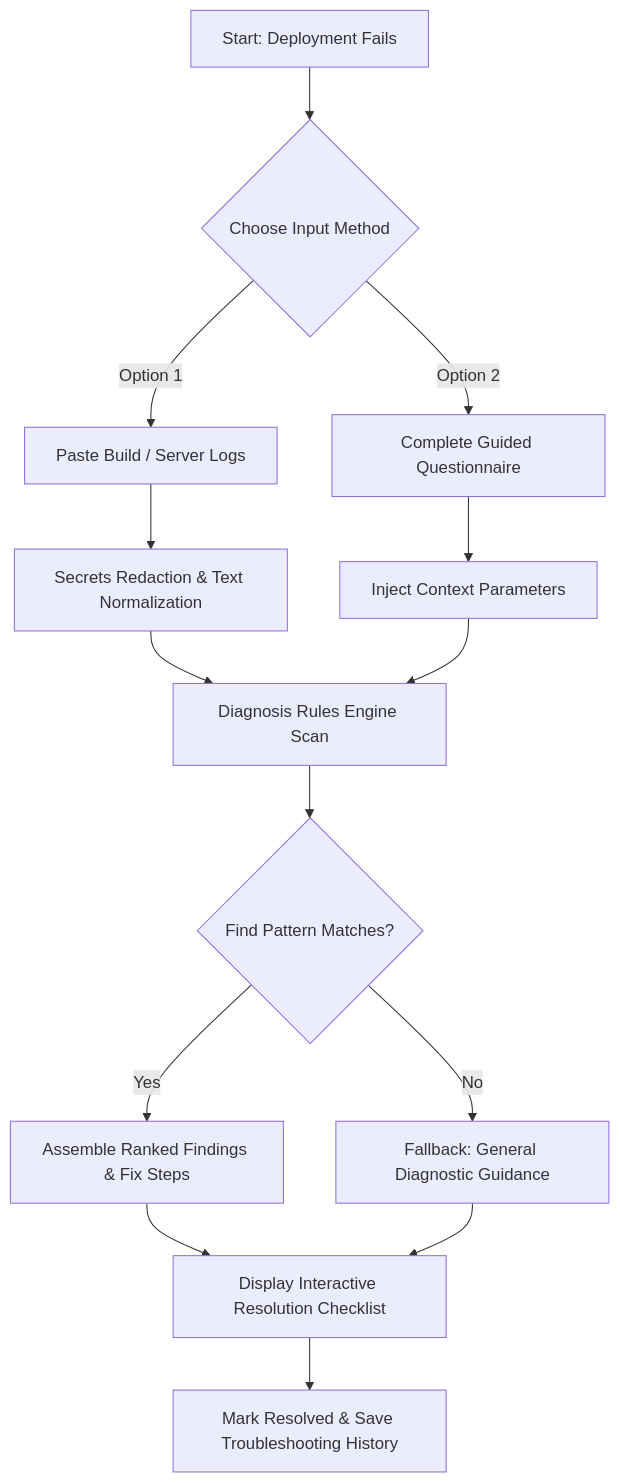
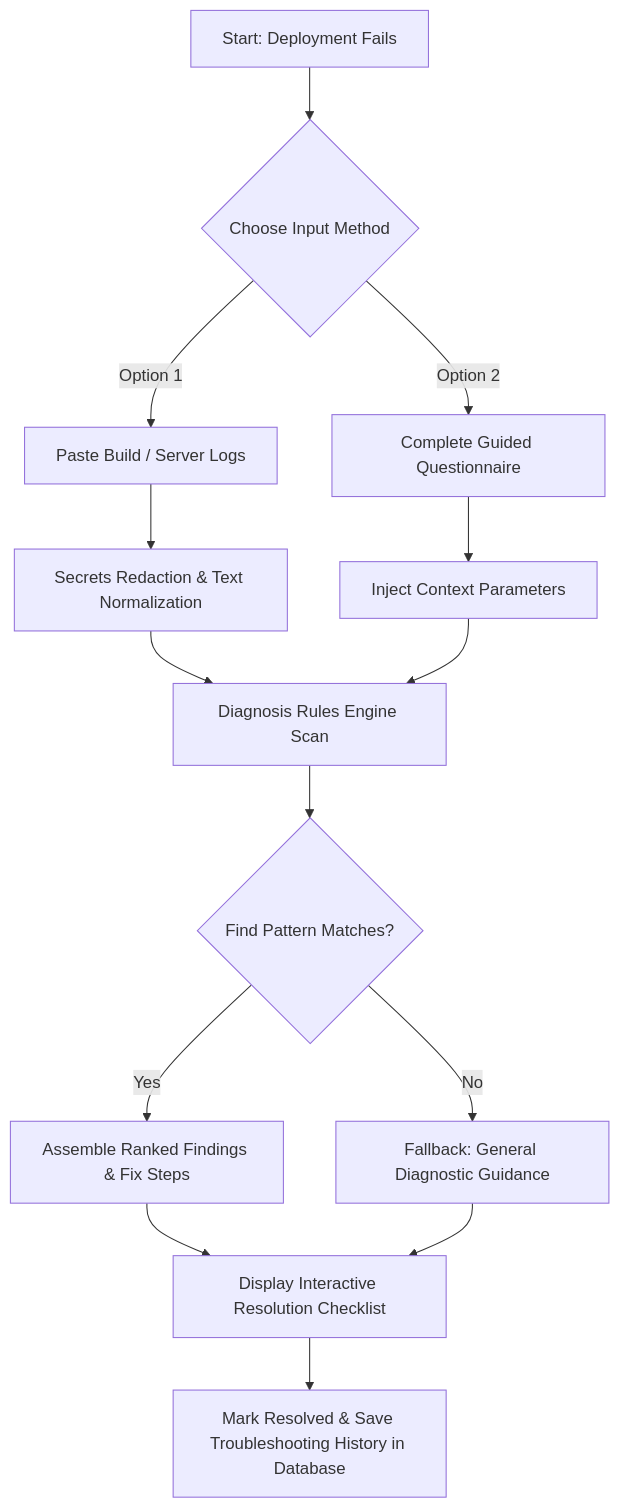
One commit to soumyachk101/LaunchLens changed the second of 3 diagrams in README.md. Above: the diagram before and after it, drawn with Mermaid. The commit also changed other lines of this file, not shown here.

Commit message:
docs: update README.md with authentication middleware, OAuth flow, and Postgres seeding instructions

````diff
--- a/README.md
+++ b/README.md
@@ -41,16 +42,16 @@
 ```mermaid
 graph TD
     A[Start: Deployment Fails] --> B{Choose Input Method}
     B -->|Option 1| C[Paste Build / Server Logs]
     B -->|Option 2| D[Complete Guided Questionnaire]
     C --> E[Secrets Redaction & Text Normalization]
     D --> F[Inject Context Parameters]
     E --> G[Diagnosis Rules Engine Scan]
     F --> G
     G --> H{Find Pattern Matches?}
     H -->|Yes| I[Assemble Ranked Findings & Fix Steps]
     H -->|No| J[Fallback: General Diagnostic Guidance]
     I --> K[Display Interactive Resolution Checklist]
     J --> K
-    K --> L[Mark Resolved & Save Troubleshooting History]
+    K --> L[Mark Resolved & Save Troubleshooting History in Database]
 ```
````
